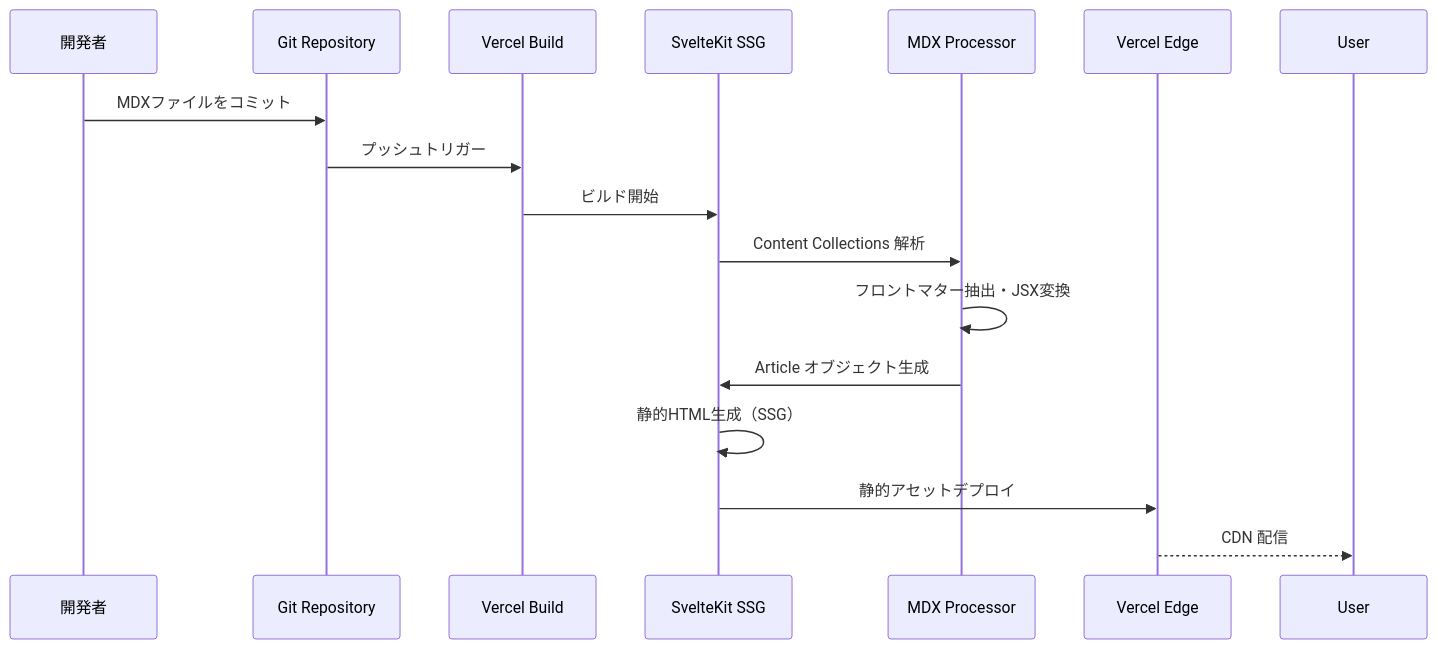
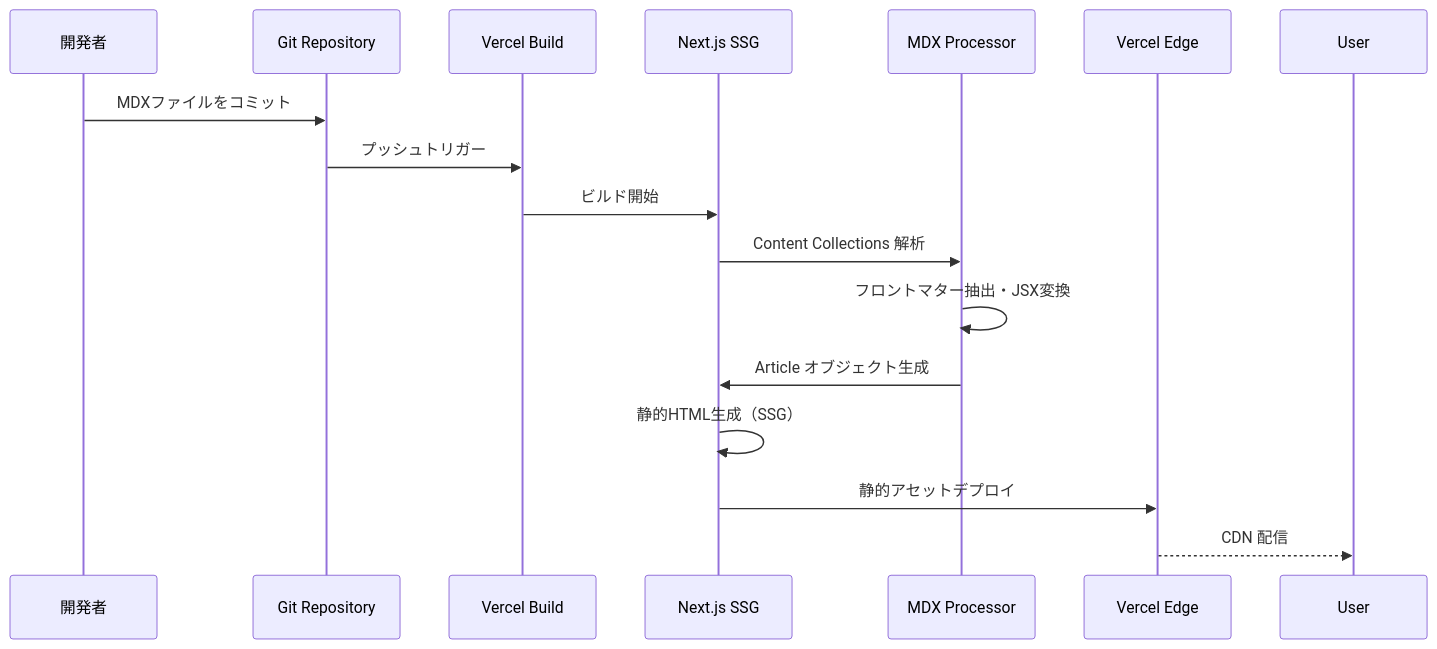
One commit to techub-organization/tech-atrium-wiki changed the third of 5 diagrams in docs/design.md. Above: the diagram before and after it, drawn with Mermaid. The commit also changed other lines of this file and 3 other files, not shown here.

````diff
--- a/docs/design.md
+++ b/docs/design.md
@@ -393,19 +393,19 @@
 ```mermaid
 sequenceDiagram
     participant Dev as 開発者
     participant Git as Git Repository
     participant Vercel as Vercel Build
-    participant SvelteKit as SvelteKit SSG
+    participant Next as Next.js SSG
     participant MDX as MDX Processor
     participant Edge as Vercel Edge
 
     Dev->>Git: MDXファイルをコミット
     Git->>Vercel: プッシュトリガー
-    Vercel->>SvelteKit: ビルド開始
-    SvelteKit->>MDX: Content Collections 解析
+    Vercel->>Next: ビルド開始
+    Next->>MDX: Content Collections 解析
     MDX->>MDX: フロントマター抽出・JSX変換
-    MDX->>SvelteKit: Article オブジェクト生成
-    SvelteKit->>SvelteKit: 静的HTML生成（SSG）
-    SvelteKit->>Edge: 静的アセットデプロイ
+    MDX->>Next: Article オブジェクト生成
+    Next->>Next: 静的HTML生成（SSG）
+    Next->>Edge: 静的アセットデプロイ
     Edge-->>User: CDN 配信
 ```
````
